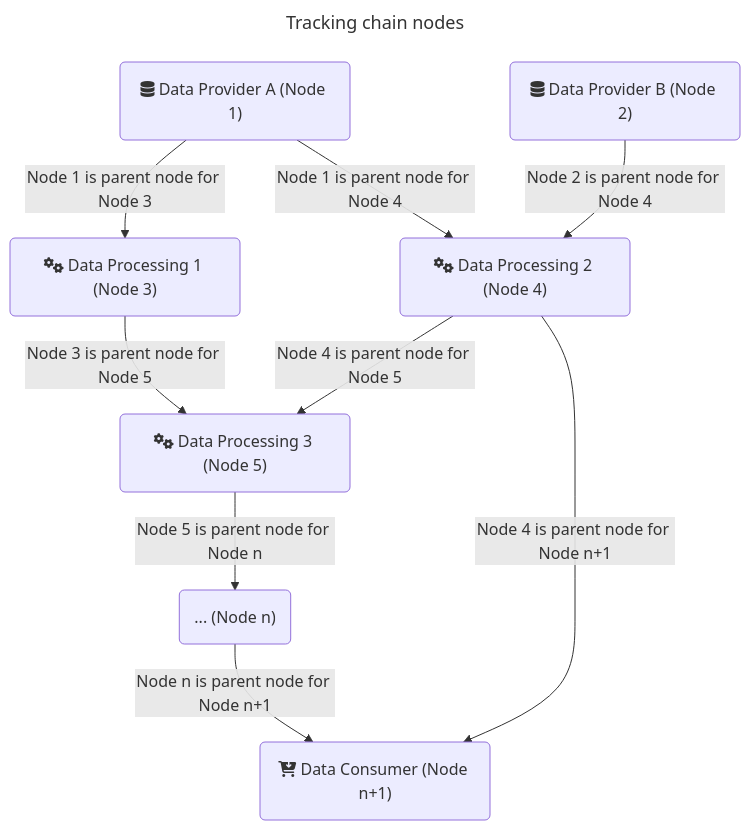
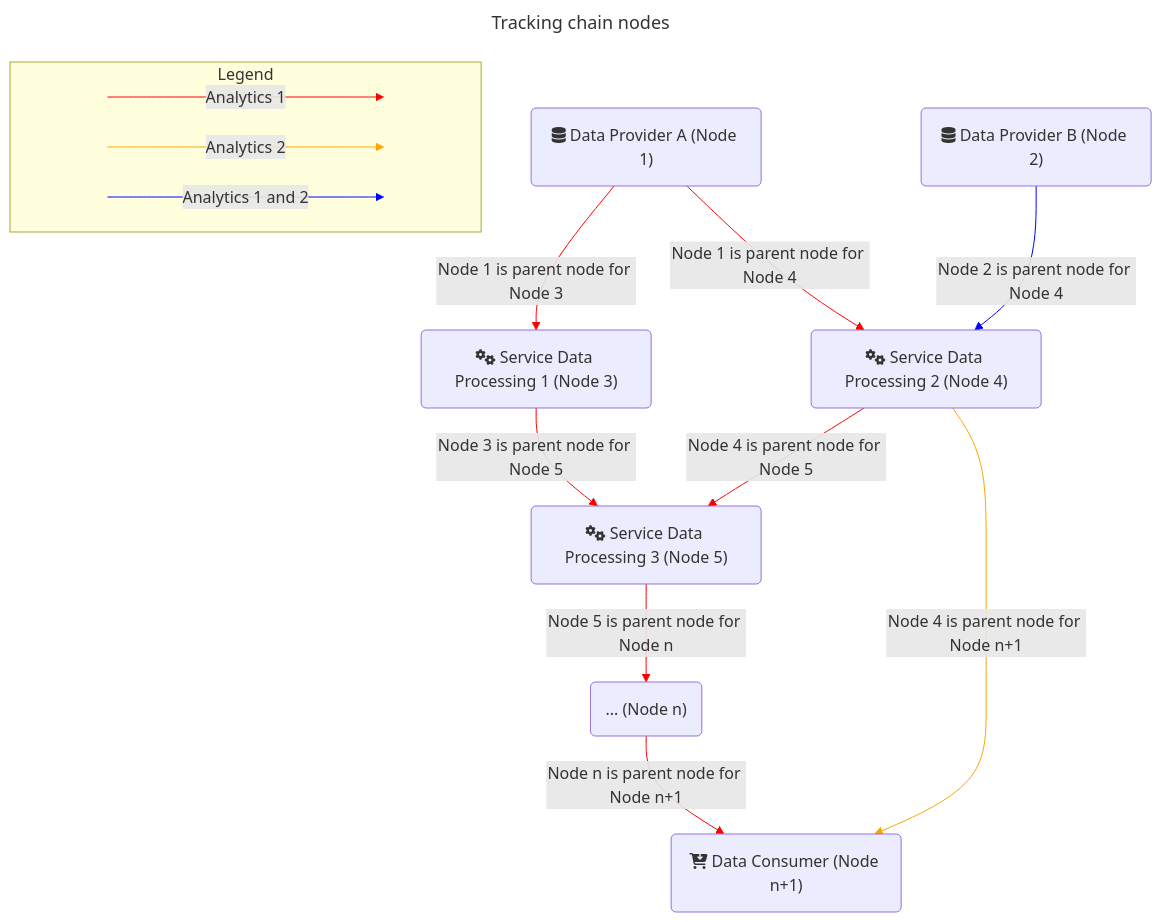
Before and after one commit to Prometheus-X-association/data-value-chain-tracker: the first of 6 diagrams in docs/design-document.md, drawn with Mermaid. The commit also changed other lines of this file, not shown here.

Commit message:
*Update preliminary conditions

````diff
--- a/docs/design-document.md
+++ b/docs/design-document.md
@@ -12,24 +12,52 @@
 ```mermaid
 ---
 title: Tracking chain nodes
 ---
 flowchart TD
 %% Nodes
     A("fa:fa-database Data Provider A (Node 1)")
     B("fa:fa-database Data Provider B (Node 2)")
-    C("fa:fa-gears Data Processing 1 (Node 3)")
-    D("fa:fa-gears Data Processing 2 (Node 4)")
-    E("fa:fa-gears Data Processing 3 (Node 5)")
+    C("fa:fa-gears Service Data Processing 1 (Node 3)")
+    D("fa:fa-gears Service Data Processing 2 (Node 4)")
+    E("fa:fa-gears Service Data Processing 3 (Node 5)")
     F("... (Node n)")
     G("fa:fa-cart-arrow-down Data Consumer (Node n+1)")
 
 %% Edge connections between nodes
     A -- Node 1 is parent node for Node 3 --> C
     A -- Node 1 is parent node for Node 4 --> D
     B -- Node 2 is parent node for Node 4 --> D
     C -- Node 3 is parent node for Node 5 --> E
     D -- Node 4 is parent node for Node 5 --> E
     E -- Node 5 is parent node for Node n --> F
     F -- Node n is parent node for Node n+1 --> G
     D -- Node 4 is parent node for Node n+1 --> G
+
+%% Add legend
+    subgraph Legend
+      direction LR
+      start1[ ] --->|Analytics 1| stop1[ ]
+      style start1 height:0px;
+      style stop1 height:0px;
+      start2[ ] --->|Analytics 2| stop2[ ]
+      style start2 height:0px;
+      style stop2 height:0px;
+      start3[ ] --->|Analytics 1 and 2| stop3[ ]
+      style start3 height:0px;
+      style stop3 height:0px; 
+    end
+
+%% Styling the arrow to fit with the legend
+    linkStyle 0 stroke:red;
+    linkStyle 1 stroke:red;
+    linkStyle 2 stroke:Blue;
+    linkStyle 3 stroke:red;
+    linkStyle 4 stroke:red;
+    linkStyle 5 stroke:red;
+    linkStyle 6 stroke:red;
+    linkStyle 7 stroke:orange;
+    %% arrow legend
+    linkStyle 8 stroke:red;
+    linkStyle 9 stroke:orange;
+    linkStyle 10 stroke:Blue;
 ```
````
